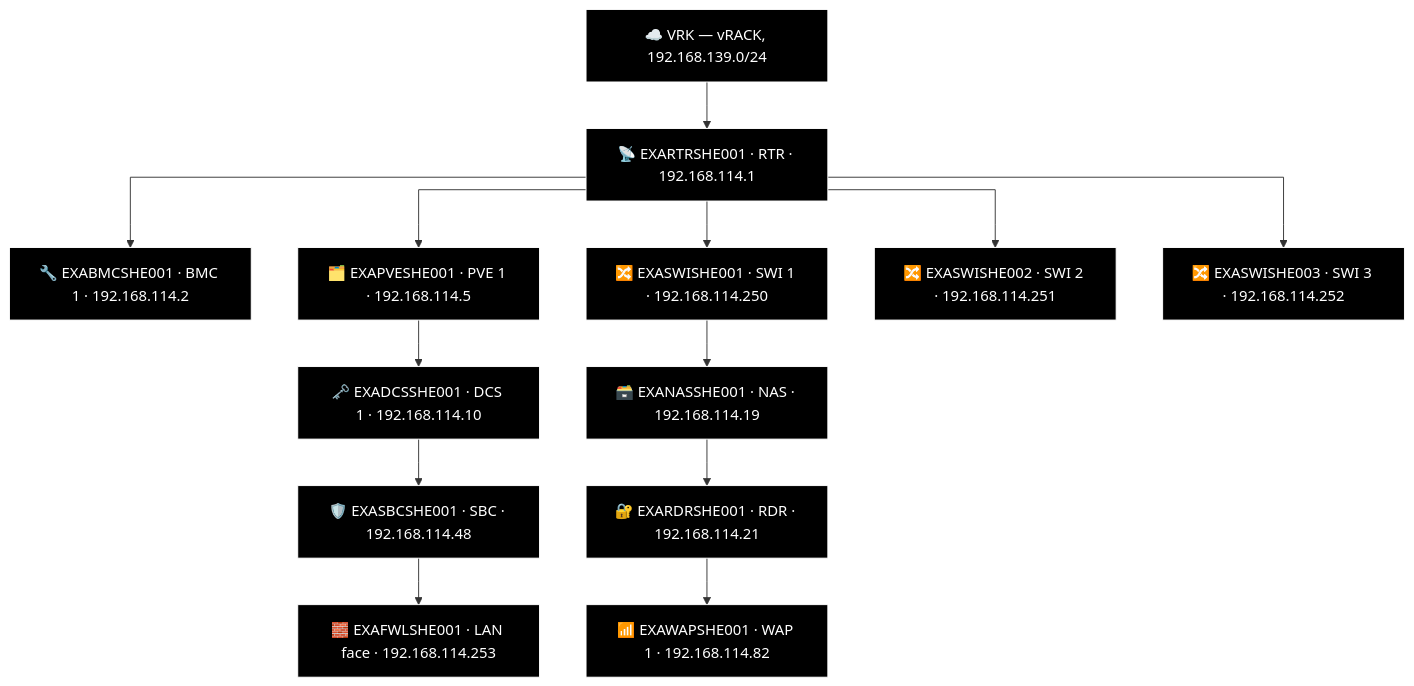
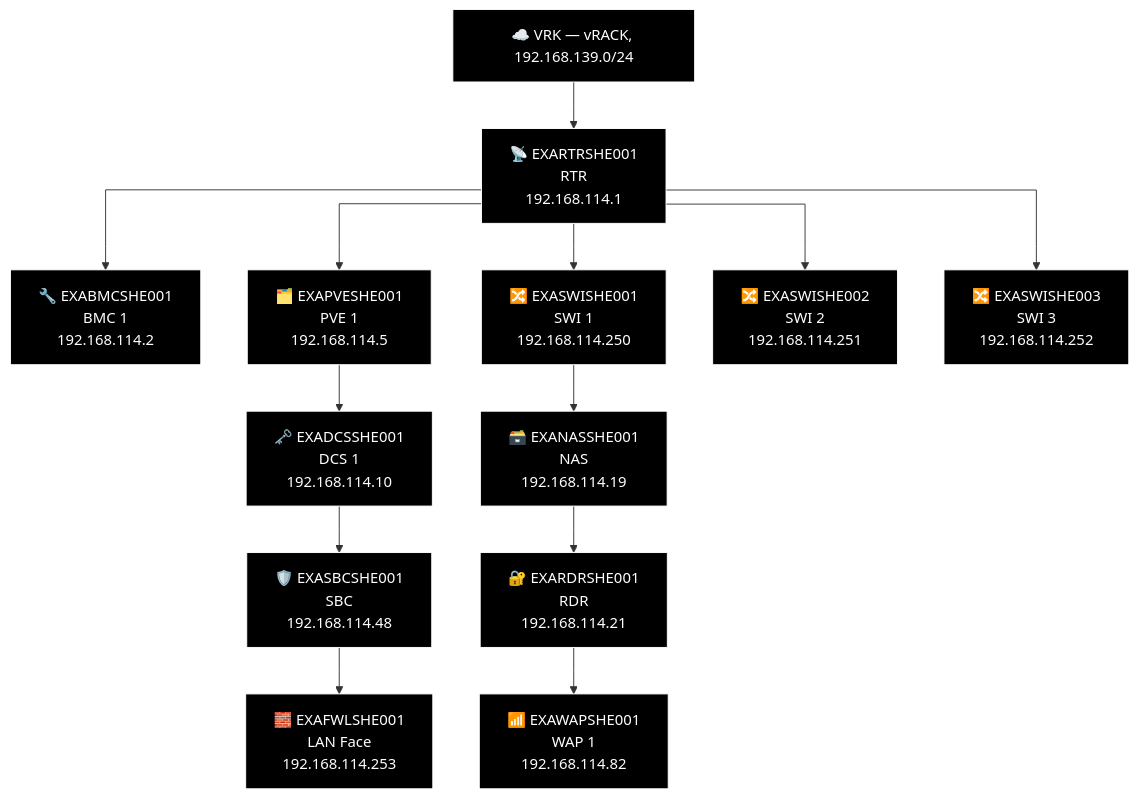
Diagram 12 of 18 in docs/network-diagram/england.md (knightmare2600/example_music_infra), drawn with Mermaid before and after one commit. The commit also changed other lines of this file and 18 other files, not shown here.

````diff
--- a/docs/network-diagram/england.md
+++ b/docs/network-diagram/england.md
@@ -515,40 +515,40 @@
 ```mermaid
 %% GENERATED:TOPOLOGY:SHE:START
 %%{init: {'flowchart': {'curve': 'stepAfter'}}}%%
 graph TD
     T_VRK["☁️ VRK — vRACK, 192.168.139.0/24"]
-    T_RTR["📡 EXARTRSHE001 · RTR · 192.168.114.1"]
+    T_RTR["📡 EXARTRSHE001<br/>RTR<br/>192.168.114.1"]
     T_VRK --> T_RTR
-    T_BMC["🔧 EXABMCSHE001 · BMC 1 · 192.168.114.2"]
+    T_BMC["🔧 EXABMCSHE001<br/>BMC 1<br/>192.168.114.2"]
     T_RTR --> T_BMC
-    T_PVE["🗂️ EXAPVESHE001 · PVE 1 · 192.168.114.5"]
+    T_PVE["🗂️ EXAPVESHE001<br/>PVE 1<br/>192.168.114.5"]
     T_RTR --> T_PVE
-    T_SWI["🔀 EXASWISHE001 · SWI 1 · 192.168.114.250"]
+    T_SWI["🔀 EXASWISHE001<br/>SWI 1<br/>192.168.114.250"]
     T_RTR --> T_SWI
-    T_SWI2["🔀 EXASWISHE002 · SWI 2 · 192.168.114.251"]
+    T_SWI2["🔀 EXASWISHE002<br/>SWI 2<br/>192.168.114.251"]
     T_RTR --> T_SWI2
-    T_SWI3["🔀 EXASWISHE003 · SWI 3 · 192.168.114.252"]
+    T_SWI3["🔀 EXASWISHE003<br/>SWI 3<br/>192.168.114.252"]
     T_RTR --> T_SWI3
-    T_NAS["🗃️ EXANASSHE001 · NAS · 192.168.114.19"]
-    T_RDR["🔐 EXARDRSHE001 · RDR · 192.168.114.21"]
-    T_WAP["📶 EXAWAPSHE001 · WAP 1 · 192.168.114.82"]
+    T_NAS["🗃️ EXANASSHE001<br/>NAS<br/>192.168.114.19"]
+    T_RDR["🔐 EXARDRSHE001<br/>RDR<br/>192.168.114.21"]
+    T_WAP["📶 EXAWAPSHE001<br/>WAP 1<br/>192.168.114.82"]
     T_SWI --> T_NAS --> T_RDR --> T_WAP
-    T_DCS["🗝️ EXADCSSHE001 · DCS 1 · 192.168.114.10"]
-    T_SBC["🛡️ EXASBCSHE001 · SBC · 192.168.114.48"]
-    T_FWL["🧱 EXAFWLSHE001 · LAN face · 192.168.114.253"]
+    T_DCS["🗝️ EXADCSSHE001<br/>DCS 1<br/>192.168.114.10"]
+    T_SBC["🛡️ EXASBCSHE001<br/>SBC<br/>192.168.114.48"]
+    T_FWL["🧱 EXAFWLSHE001<br/>LAN Face<br/>192.168.114.253"]
     T_PVE --> T_DCS --> T_SBC --> T_FWL
     style T_VRK fill:#000000,stroke:#FFFFFF,color:#FFFFFF
     style T_RTR fill:#000000,stroke:#FFFFFF,color:#FFFFFF
     style T_BMC fill:#000000,stroke:#FFFFFF,color:#FFFFFF
     style T_PVE fill:#000000,stroke:#FFFFFF,color:#FFFFFF
     style T_SWI fill:#000000,stroke:#FFFFFF,color:#FFFFFF
     style T_SWI2 fill:#000000,stroke:#FFFFFF,color:#FFFFFF
     style T_SWI3 fill:#000000,stroke:#FFFFFF,color:#FFFFFF
     style T_NAS fill:#000000,stroke:#FFFFFF,color:#FFFFFF
     style T_RDR fill:#000000,stroke:#FFFFFF,color:#FFFFFF
     style T_WAP fill:#000000,stroke:#FFFFFF,color:#FFFFFF
     style T_DCS fill:#000000,stroke:#FFFFFF,color:#FFFFFF
     style T_SBC fill:#000000,stroke:#FFFFFF,color:#FFFFFF
     style T_FWL fill:#000000,stroke:#FFFFFF,color:#FFFFFF
 %% GENERATED:TOPOLOGY:SHE:END
 ```
````
